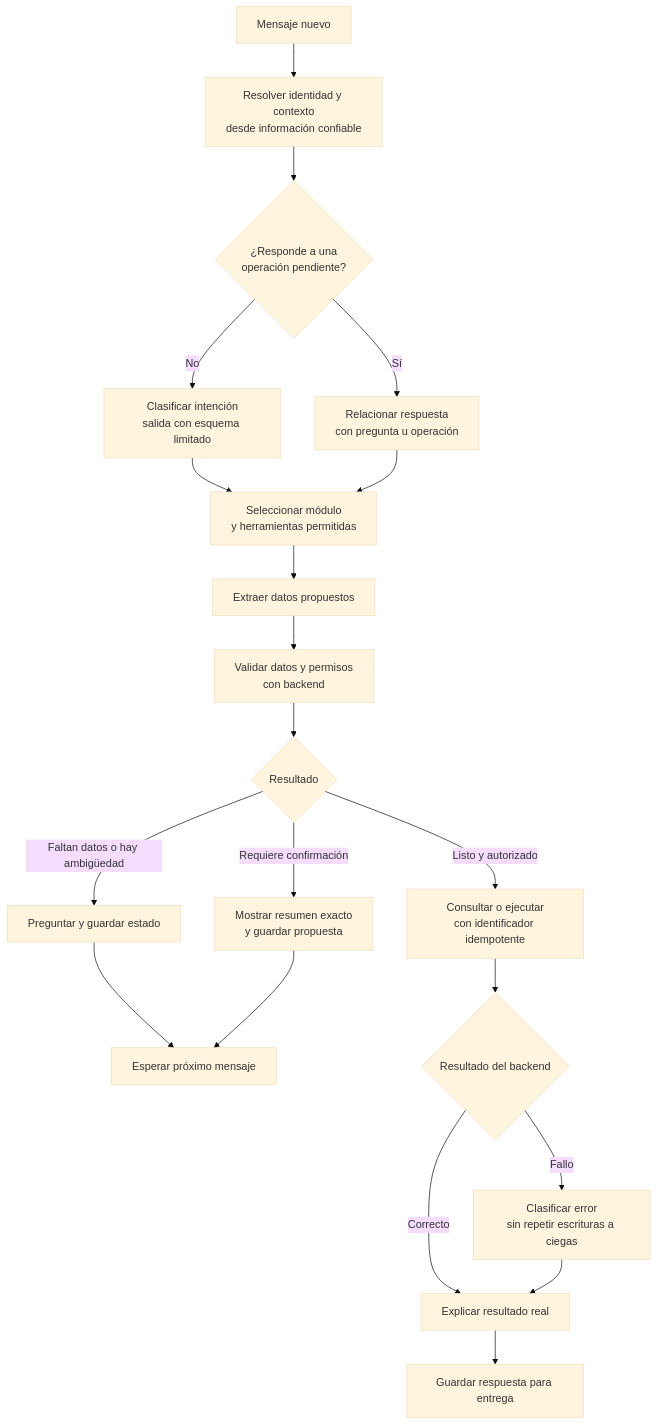
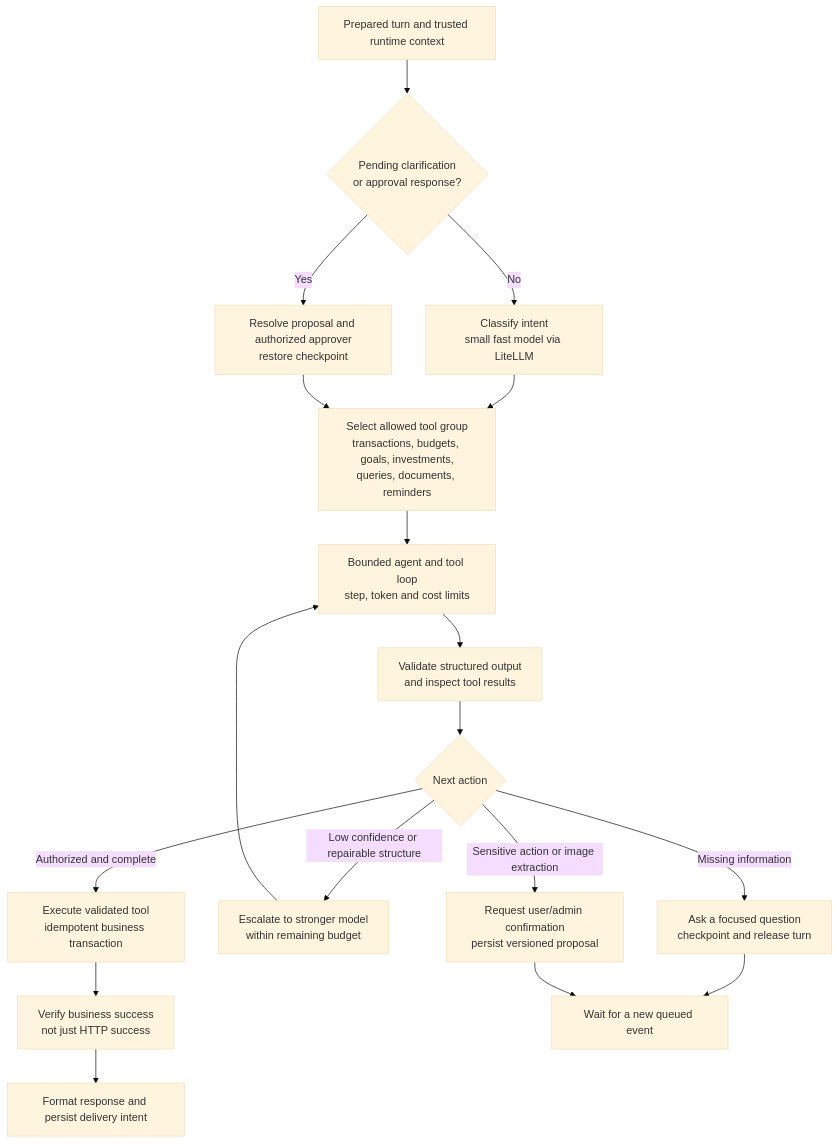
Before and after one commit to kplian/meta-hackathon: the third of 7 diagrams in docs/ai-attention-architecture.md, drawn with Mermaid (base theme). The commit also changed other lines of this file and 1 other file, not shown here.

Commit message:
docs: align AI attention design with AWS worker and LiteLLM architecture

````diff
--- a/docs/ai-attention-architecture.md
+++ b/docs/ai-attention-architecture.md
@@ -61,22 +134,20 @@
 ```mermaid
 flowchart TD
-    START["Mensaje nuevo"] --> ID["Resolver identidad y contexto<br/>desde información confiable"]
-    ID --> PENDING{"¿Responde a una<br/>operación pendiente?"}
-    PENDING -->|Sí| RESUME["Relacionar respuesta<br/>con pregunta u operación"]
-    PENDING -->|No| INTENT["Clasificar intención<br/>salida con esquema limitado"]
-    INTENT --> MODULE["Seleccionar módulo<br/>y herramientas permitidas"]
-    RESUME --> MODULE
-    MODULE --> EXTRACT["Extraer datos propuestos"]
-    EXTRACT --> CHECK["Validar datos y permisos<br/>con backend"]
-    CHECK --> DECISION{"Resultado"}
-    DECISION -->|Faltan datos o hay ambigüedad| ASK["Preguntar y guardar estado"]
-    ASK --> WAIT["Esperar próximo mensaje"]
-    DECISION -->|Requiere confirmación| CONFIRM["Mostrar resumen exacto<br/>y guardar propuesta"]
-    CONFIRM --> WAIT
-    DECISION -->|Listo y autorizado| EXEC["Consultar o ejecutar<br/>con identificador idempotente"]
-    EXEC --> RESULT{"Resultado del backend"}
-    RESULT -->|Correcto| REPLY["Explicar resultado real"]
-    RESULT -->|Fallo| ERROR["Clasificar error<br/>sin repetir escrituras a ciegas"]
-    ERROR --> REPLY
-    REPLY --> SEND["Guardar respuesta para entrega"]
+    INPUT["Prepared turn and trusted runtime context"] --> PENDING{"Pending clarification<br/>or approval response?"}
+    PENDING -->|Yes| RESUME["Resolve proposal and authorized approver<br/>restore checkpoint"]
+    PENDING -->|No| CLASSIFY["Classify intent<br/>small fast model via LiteLLM"]
+    CLASSIFY --> GROUP["Select allowed tool group<br/>transactions, budgets, goals, investments,<br/>queries, documents, reminders"]
+    RESUME --> GROUP
+    GROUP --> LOOP["Bounded agent and tool loop<br/>step, token and cost limits"]
+    LOOP --> VALIDATE["Validate structured output<br/>and inspect tool results"]
+    VALIDATE --> DECISION{"Next action"}
+    DECISION -->|Missing information| CLARIFY["Ask a focused question<br/>checkpoint and release turn"]
+    DECISION -->|Low confidence or repairable structure| ESCALATE["Escalate to stronger model<br/>within remaining budget"]
+    ESCALATE --> LOOP
+    DECISION -->|Sensitive action or image extraction| APPROVE["Request user/admin confirmation<br/>persist versioned proposal"]
+    DECISION -->|Authorized and complete| EXECUTE["Execute validated tool<br/>idempotent business transaction"]
+    EXECUTE --> RESULT["Verify business success<br/>not just HTTP success"]
+    RESULT --> RESPOND["Format response and persist delivery intent"]
+    CLARIFY --> WAIT["Wait for a new queued event"]
+    APPROVE --> WAIT
 ```
````
